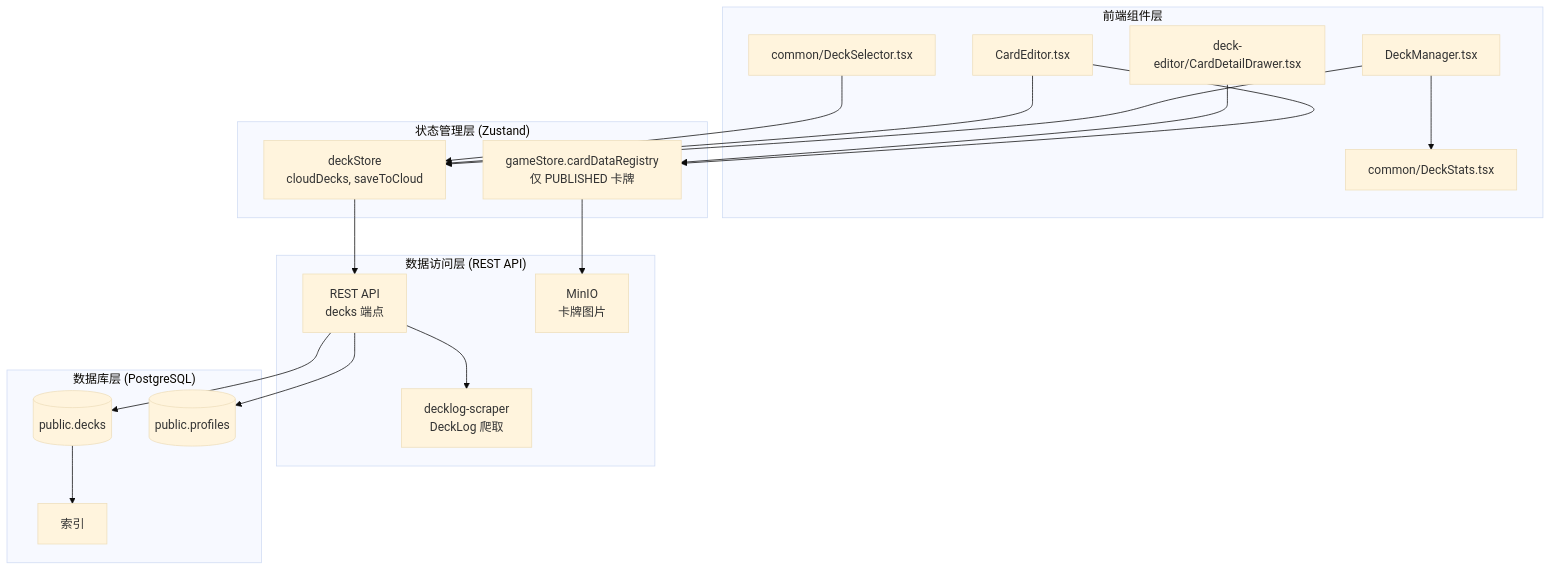
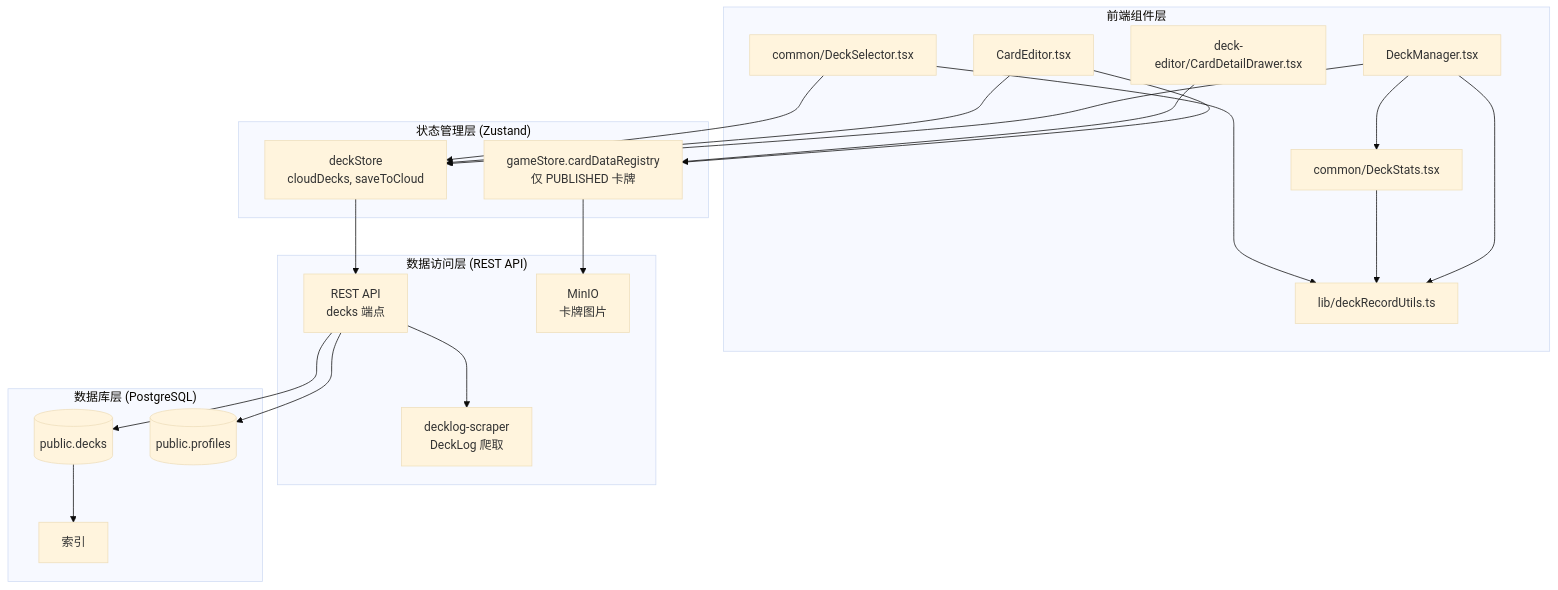
The first of 4 diagrams in docs/deck-management/design.md (catmeow123456/loveca-dev), drawn with Mermaid (base theme) before and after one commit. The commit also changed other lines of this file and 10 other files, not shown here.

````diff
--- a/docs/deck-management/design.md
+++ b/docs/deck-management/design.md
@@ -10,40 +10,44 @@
 ```mermaid
 flowchart TB
     subgraph Frontend["前端组件层"]
         DM[DeckManager.tsx]
         CE[CardEditor.tsx]
         CDD[deck-editor/CardDetailDrawer.tsx]
         DST[common/DeckStats.tsx]
         DSE[common/DeckSelector.tsx]
+        DRU[lib/deckRecordUtils.ts]
     end
 
     subgraph State["状态管理层 (Zustand)"]
         DS[deckStore<br/>cloudDecks, saveToCloud]
         GDR[gameStore.cardDataRegistry<br/>仅 PUBLISHED 卡牌]
     end
 
     subgraph DataAccess["数据访问层 (REST API)"]
         SB1[REST API<br/>decks 端点]
         SB2[MinIO<br/>卡牌图片]
         DLS[decklog-scraper<br/>DeckLog 爬取]
     end
 
     subgraph Database["数据库层 (PostgreSQL)"]
         DECKS[(public.decks)]
         PROFILES[(public.profiles)]
         IDX[索引]
     end
 
     DM --> DS
     DM --> DST
+    DM --> DRU
+    DST --> DRU
+    DSE --> DRU
     CE --> DS
     CE --> GDR
     CDD --> GDR
     DSE --> DS
     DS --> SB1
     SB1 --> DLS
     GDR --> SB2
     SB1 --> DECKS
     SB1 --> PROFILES
     DECKS --> IDX
 ```
````
